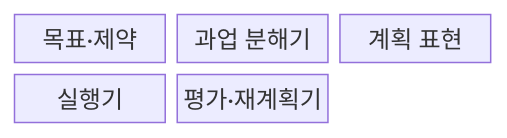
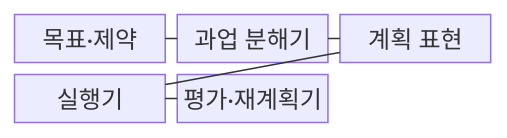
Before and after one commit to agnusdei1207/knowledge-base: the first of 2 diagrams in src/content/docs/notes/08-latest-tech/015_agent_planning.md, drawn with Mermaid. The commit also changed other lines of this file and 228 other files, not shown here.

````diff
--- a/src/content/docs/notes/08-latest-tech/015_agent_planning.md
+++ b/src/content/docs/notes/08-latest-tech/015_agent_planning.md
@@ -53,9 +53,13 @@
 ```mermaid
 block-beta
     columns 3
     G["목표·제약"]
     D["과업 분해기"]
     R["계획 표현"]
     X["실행기"]
     E["평가·재계획기"]
+    G --- D
+    D --- R
+    R --- X
+    X --- E
 ```
````
